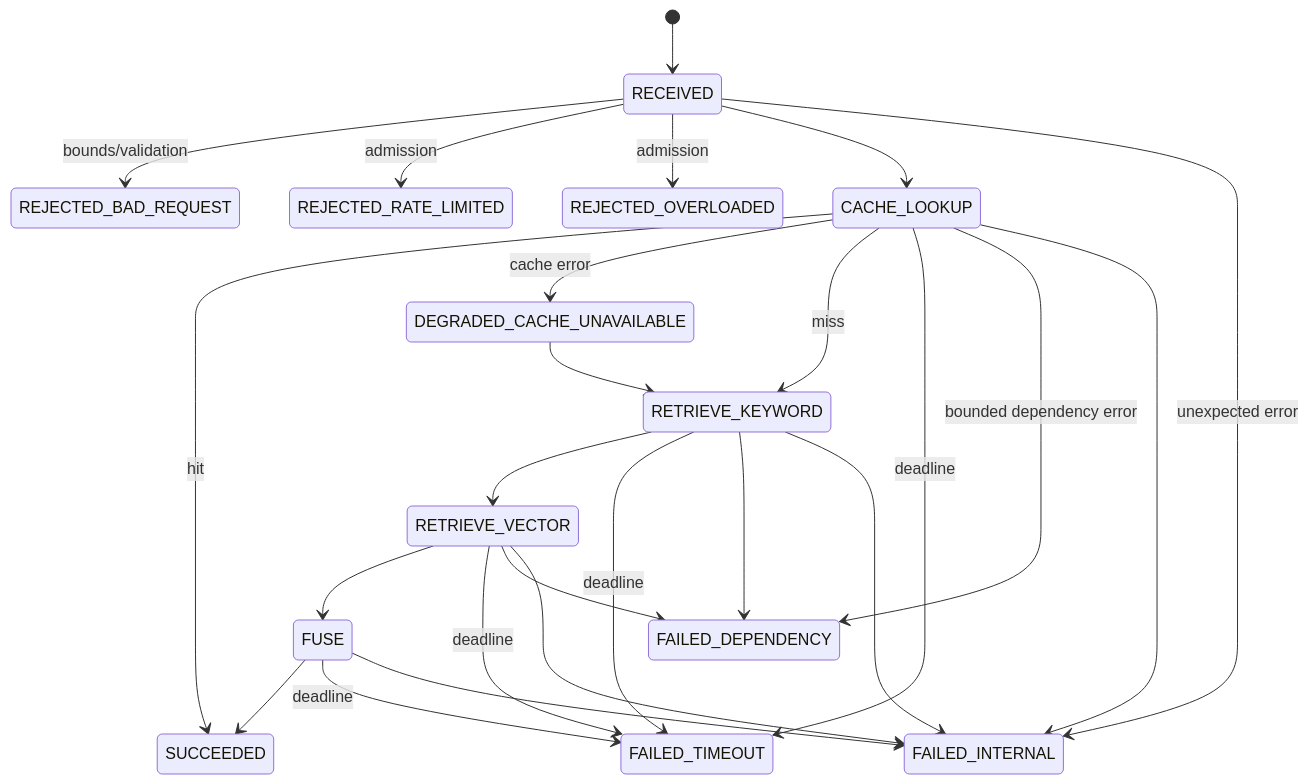
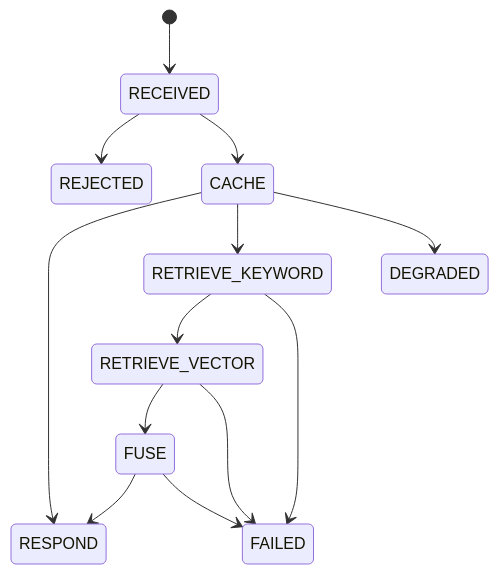
The first of 2 diagrams in v2/look ahead.md (settorka/hybrid-search), drawn with Mermaid before and after one commit. The commit also changed other lines of this file and 47 other files, not shown here.

````diff
--- a/v2/look ahead.md
+++ b/v2/look ahead.md
@@ -99,32 +55,15 @@
 ```mermaid
 stateDiagram-v2
   [*] --> RECEIVED
-  RECEIVED --> REJECTED_BAD_REQUEST: bounds/validation
-  RECEIVED --> REJECTED_RATE_LIMITED: admission
-  RECEIVED --> REJECTED_OVERLOADED: admission
-  RECEIVED --> CACHE_LOOKUP
-
-  CACHE_LOOKUP --> SUCCEEDED: hit
-  CACHE_LOOKUP --> DEGRADED_CACHE_UNAVAILABLE: cache error
-  CACHE_LOOKUP --> RETRIEVE_KEYWORD: miss
-  DEGRADED_CACHE_UNAVAILABLE --> RETRIEVE_KEYWORD
-
+  RECEIVED --> REJECTED
+  RECEIVED --> CACHE
+  CACHE --> RESPOND
+  CACHE --> RETRIEVE_KEYWORD
   RETRIEVE_KEYWORD --> RETRIEVE_VECTOR
   RETRIEVE_VECTOR --> FUSE
-  FUSE --> SUCCEEDED
-
-  CACHE_LOOKUP --> FAILED_TIMEOUT: deadline
-  RETRIEVE_KEYWORD --> FAILED_TIMEOUT: deadline
-  RETRIEVE_VECTOR --> FAILED_TIMEOUT: deadline
-  FUSE --> FAILED_TIMEOUT: deadline
-
-  CACHE_LOOKUP --> FAILED_DEPENDENCY: bounded dependency error
-  RETRIEVE_KEYWORD --> FAILED_DEPENDENCY
-  RETRIEVE_VECTOR --> FAILED_DEPENDENCY
-
-  RECEIVED --> FAILED_INTERNAL: unexpected error
-  CACHE_LOOKUP --> FAILED_INTERNAL
-  RETRIEVE_KEYWORD --> FAILED_INTERNAL
-  RETRIEVE_VECTOR --> FAILED_INTERNAL
-  FUSE --> FAILED_INTERNAL
+  FUSE --> RESPOND
+  CACHE --> DEGRADED
+  RETRIEVE_KEYWORD --> FAILED
+  RETRIEVE_VECTOR --> FAILED
+  FUSE --> FAILED
 ```
````
